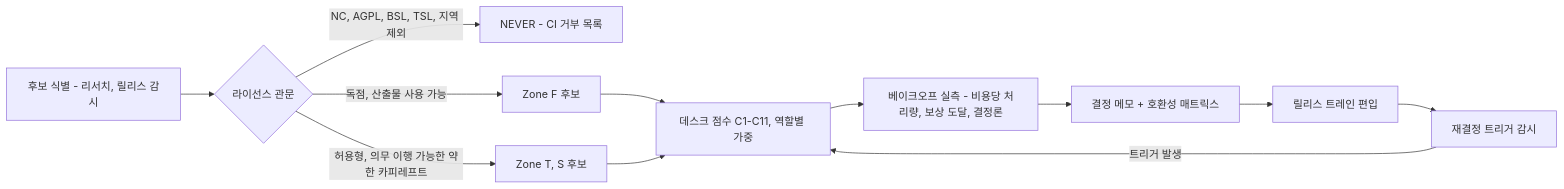
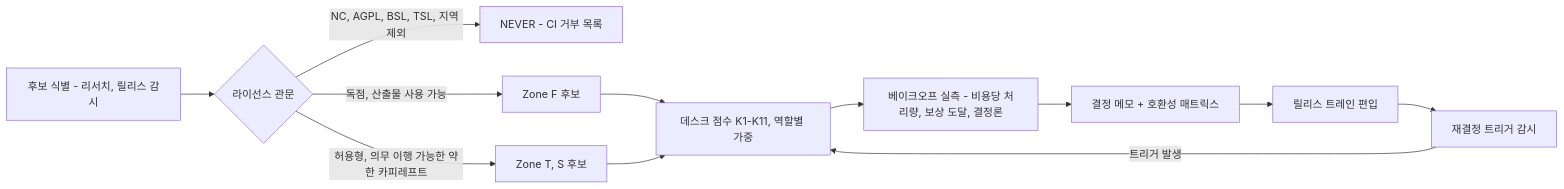
Before and after one commit to ouremployeeces-ship-it/AIResearch: the second of 8 diagrams in docs/digital-twin-platform/03-engine-selection-build-vs-buy.md, drawn with Mermaid. The commit also changed other lines of this file and 13 other files, not shown here.

````diff
--- a/docs/digital-twin-platform/03-engine-selection-build-vs-buy.md
+++ b/docs/digital-twin-platform/03-engine-selection-build-vs-buy.md
@@ -142,14 +144,14 @@
 ```mermaid
 flowchart LR
     A["후보 식별 - 리서치, 릴리스 감시"] --> B{"라이선스 관문"}
     B -->|"NC, AGPL, BSL, TSL, 지역 제외"| X["NEVER - CI 거부 목록"]
     B -->|"독점, 산출물 사용 가능"| F["Zone F 후보"]
     B -->|"허용형, 의무 이행 가능한 약한 카피레프트"| T["Zone T, S 후보"]
-    F --> D["데스크 점수 C1-C11, 역할별 가중"]
+    F --> D["데스크 점수 K1-K11, 역할별 가중"]
     T --> D
     D --> E["베이크오프 실측 - 비용당 처리량, 보상 도달, 결정론"]
     E --> M["결정 메모 + 호환성 매트릭스"]
     M --> R["릴리스 트레인 편입"]
     R --> W["재결정 트리거 감시"]
     W -->|"트리거 발생"| D
 ```
````
